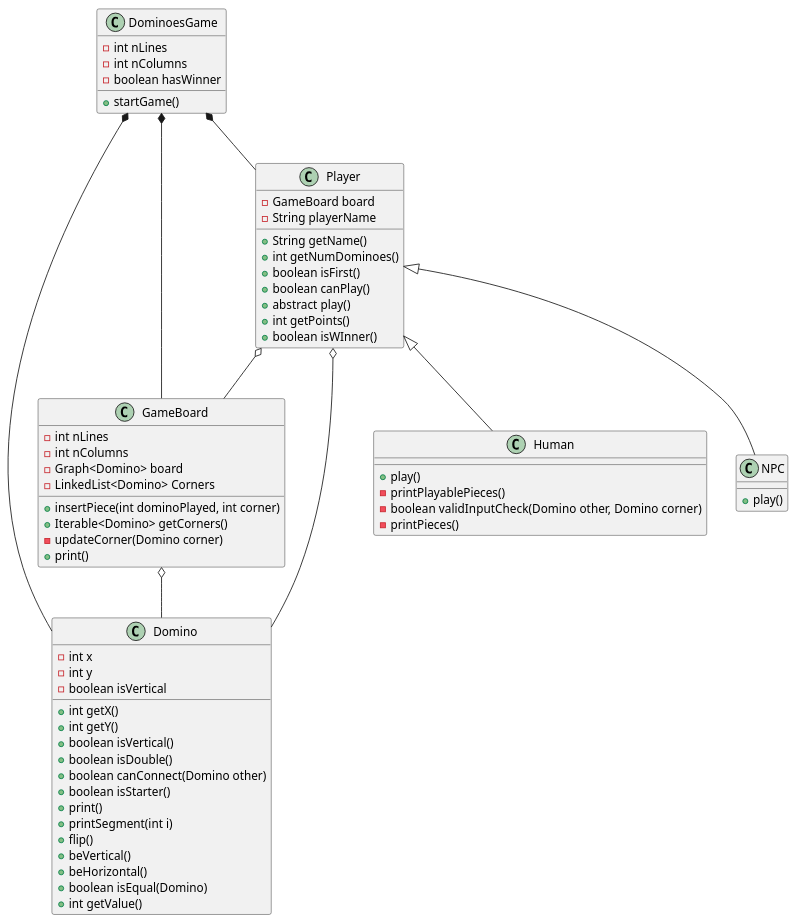
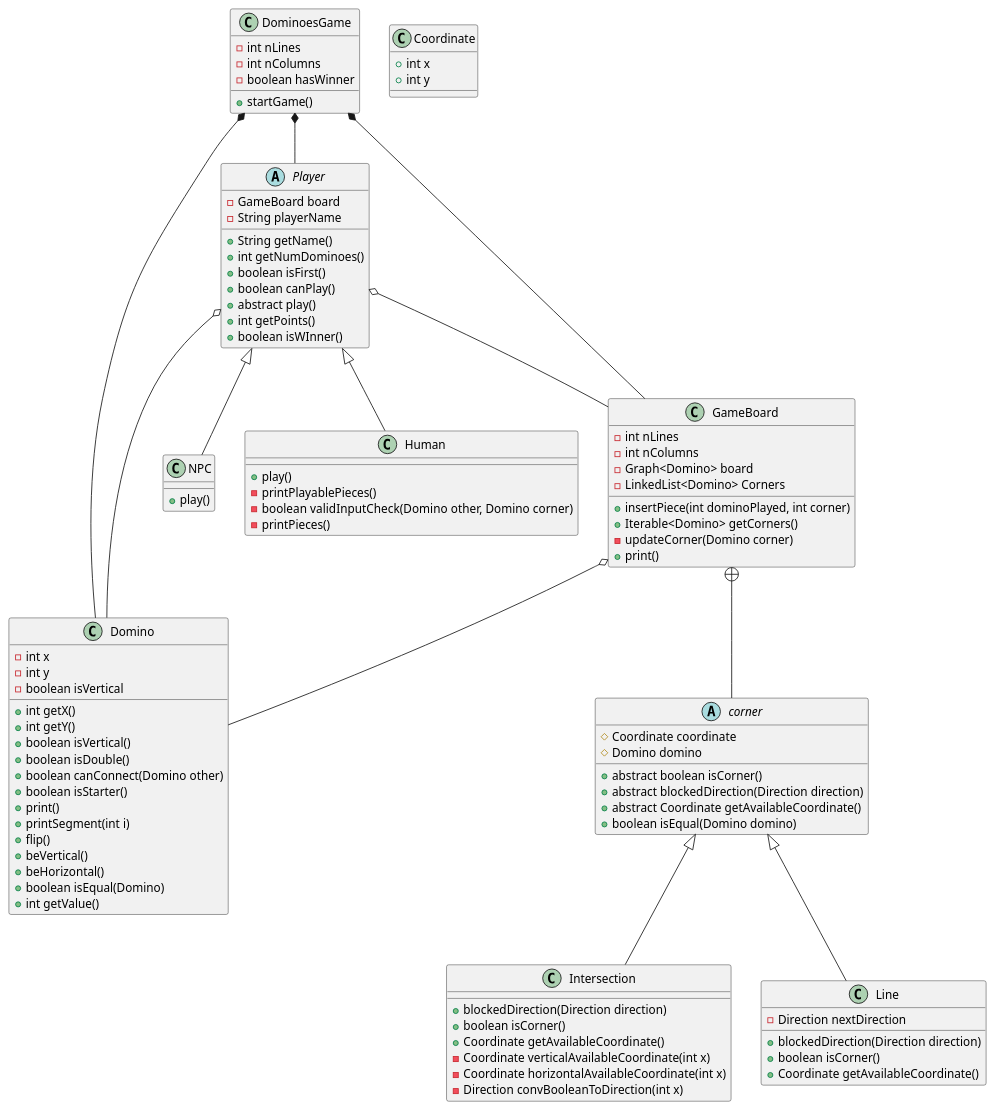
The diagram in src/DominoUML.puml (afonsoflou/DominoPOO), drawn with PlantUML before and after one commit.

Commit message:
Human Fixes

```diff
--- a/src/DominoUML.puml
+++ b/src/DominoUML.puml
@@ -1,75 +1,113 @@
 @startuml
 
 class Domino {
     - int x
     - int y
     - boolean isVertical
 
     + int getX()
     + int getY()
     + boolean isVertical()
     + boolean isDouble()
     + boolean canConnect(Domino other)
     + boolean isStarter()
     + print()
     + printSegment(int i)
     + flip()
     + beVertical()
     + beHorizontal()
     + boolean isEqual(Domino)
     + int getValue()
 }
 
 class GameBoard {
     - int nLines
     - int nColumns
     - Graph<Domino> board
     - LinkedList<Domino> Corners
 
     + insertPiece(int dominoPlayed, int corner)
     + Iterable<Domino> getCorners()
     - updateCorner(Domino corner)
     + print()
 }
 
-class Player {
+abstract class Player {
     - GameBoard board
     - String playerName
 
     + String getName()
     + int getNumDominoes()
     + boolean isFirst()
     + boolean canPlay()
     + abstract play()
     + int getPoints()
     + boolean isWInner()
 }
 
 class DominoesGame {
     - int nLines
     - int nColumns
     - boolean hasWinner
     + startGame()
 }
 
 class Human {
 
     + play()
     - printPlayablePieces()
     - boolean validInputCheck(Domino other, Domino corner)
     - printPieces()
 }
 
 class NPC {
 
     + play()
 }
+
+class Coordinate{
+    +int x
+    +int y
+}
+
+abstract class corner{
+    #Coordinate coordinate
+    #Domino domino
+
+    +abstract boolean isCorner()
+    +abstract blockedDirection(Direction direction)
+    +abstract Coordinate getAvailableCoordinate()
+    +boolean isEqual(Domino domino)
+}
+
+class Intersection{
+ + blockedDirection(Direction direction)
+ + boolean isCorner()
+ + Coordinate getAvailableCoordinate()
+ - Coordinate verticalAvailableCoordinate(int x)
+ - Coordinate horizontalAvailableCoordinate(int x)
+ - Direction convBooleanToDirection(int x)
+}
+
+class Line{
+  -Direction nextDirection
+
+  + blockedDirection(Direction direction)
+  + boolean isCorner()
+  + Coordinate getAvailableCoordinate()
+}
+
+
 DominoesGame *-- Domino
 DominoesGame *-- GameBoard
 DominoesGame *-- Player
 GameBoard o-- Domino
 Player o-- Domino
 Player o-- GameBoard
 Player <|-- Human
 Player <|--NPC
+corner <|-- Intersection
+corner <|-- Line
+GameBoard +-- corner
+
 @enduml
```
